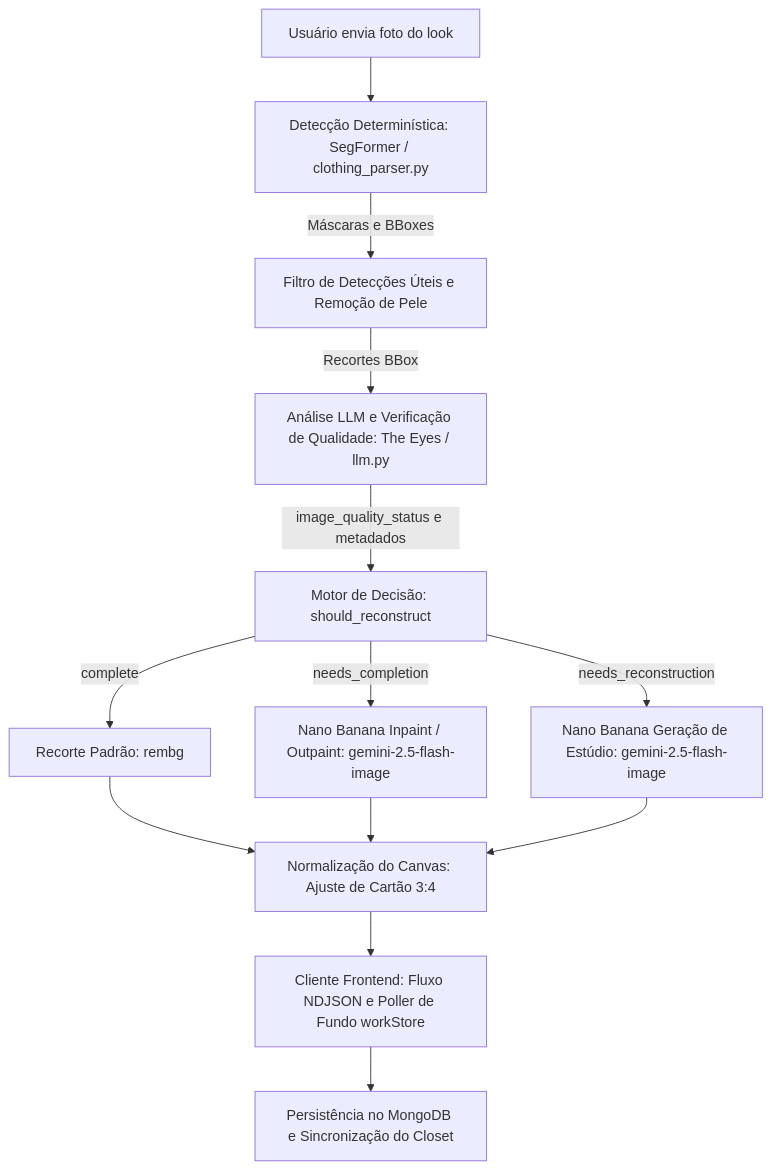
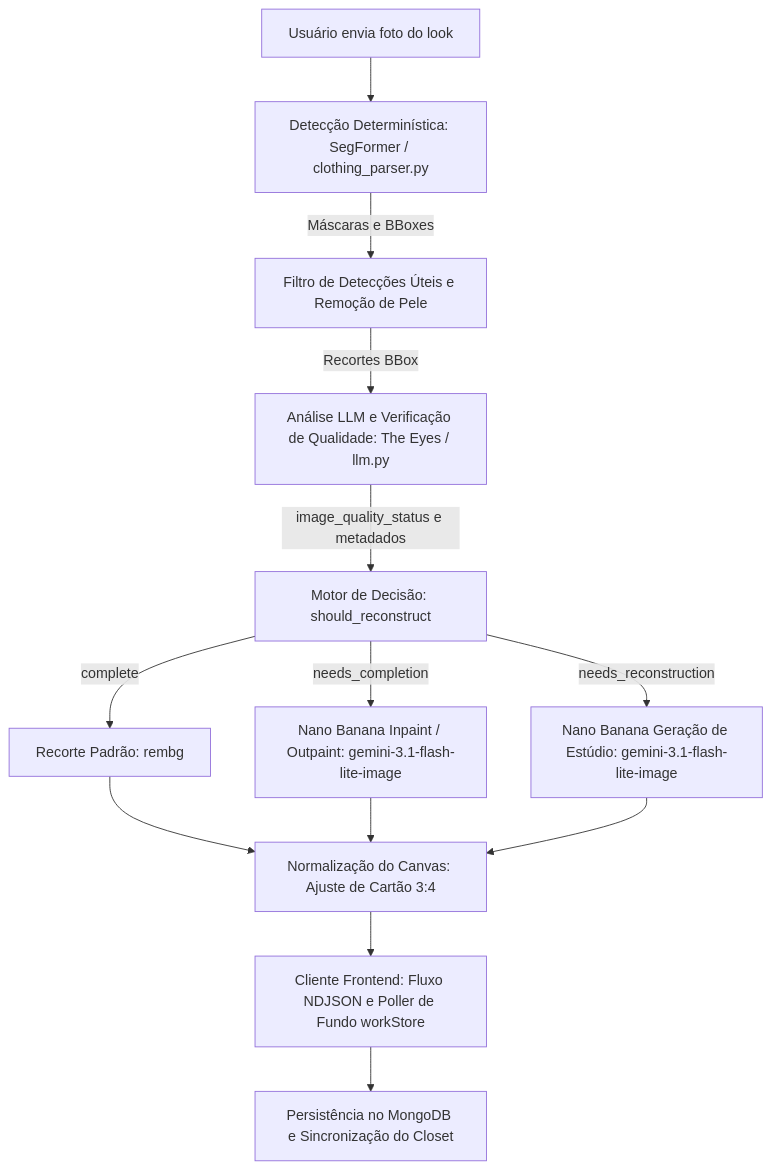
Before and after one commit to Yoram-Jacobs/DressAppV1: the diagram in wiki/pt/garmentvision.md, drawn with Mermaid. The commit also changed other lines of this file and 66 other files, not shown here.

````diff
--- a/wiki/pt/garmentvision.md
+++ b/wiki/pt/garmentvision.md
@@ -18,17 +18,17 @@
 ```mermaid
 graph TD
     A[Usuário envia foto do look] --> B[Detecção Determinística: SegFormer / clothing_parser.py]
     B -->|Máscaras e BBoxes| C[Filtro de Detecções Úteis e Remoção de Pele]
     C -->|Recortes BBox| D[Análise LLM e Verificação de Qualidade: The Eyes / llm.py]
     D -->|image_quality_status e metadados| E[Motor de Decisão: should_reconstruct]
     
     E -->|complete| F[Recorte Padrão: rembg]
-    E -->|needs_completion| G[Nano Banana Inpaint / Outpaint: gemini-2.5-flash-image]
-    E -->|needs_reconstruction| H[Nano Banana Geração de Estúdio: gemini-2.5-flash-image]
+    E -->|needs_completion| G[Nano Banana Inpaint / Outpaint: gemini-3.1-flash-lite-image]
+    E -->|needs_reconstruction| H[Nano Banana Geração de Estúdio: gemini-3.1-flash-lite-image]
     
     F --> I[Normalização do Canvas: Ajuste de Cartão 3:4]
     G --> I
     H --> I
     I --> J[Cliente Frontend: Fluxo NDJSON e Poller de Fundo workStore]
     J --> K[Persistência no MongoDB e Sincronização do Closet]
 ```
````
